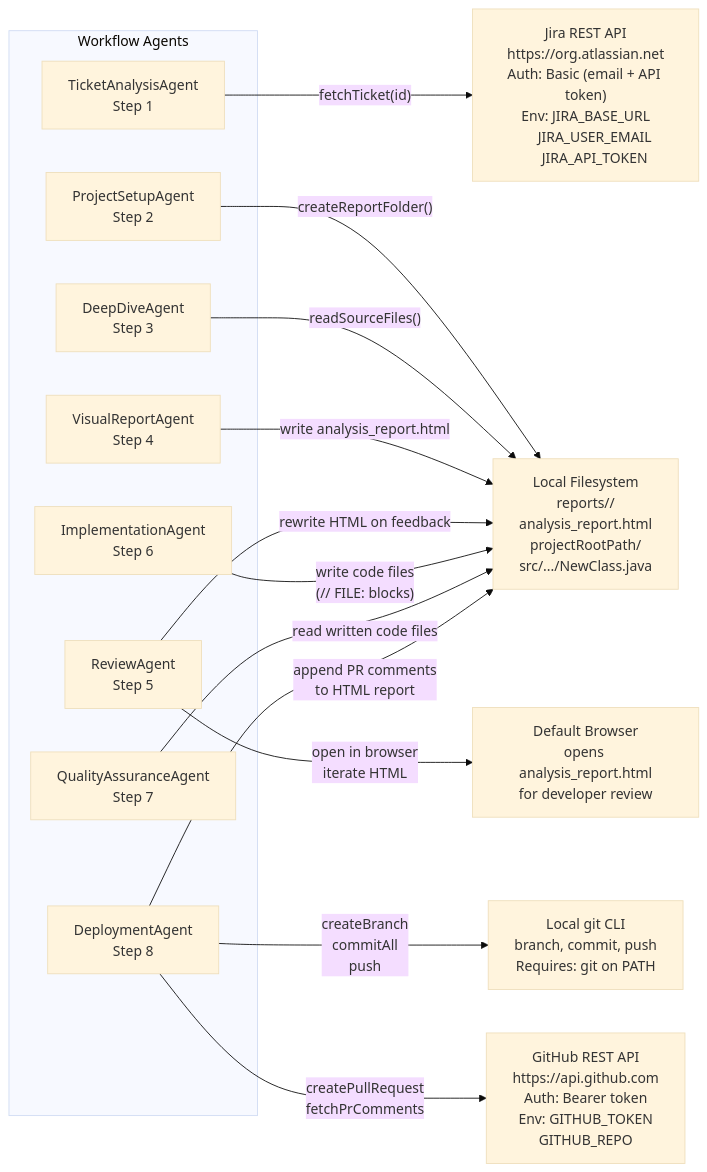
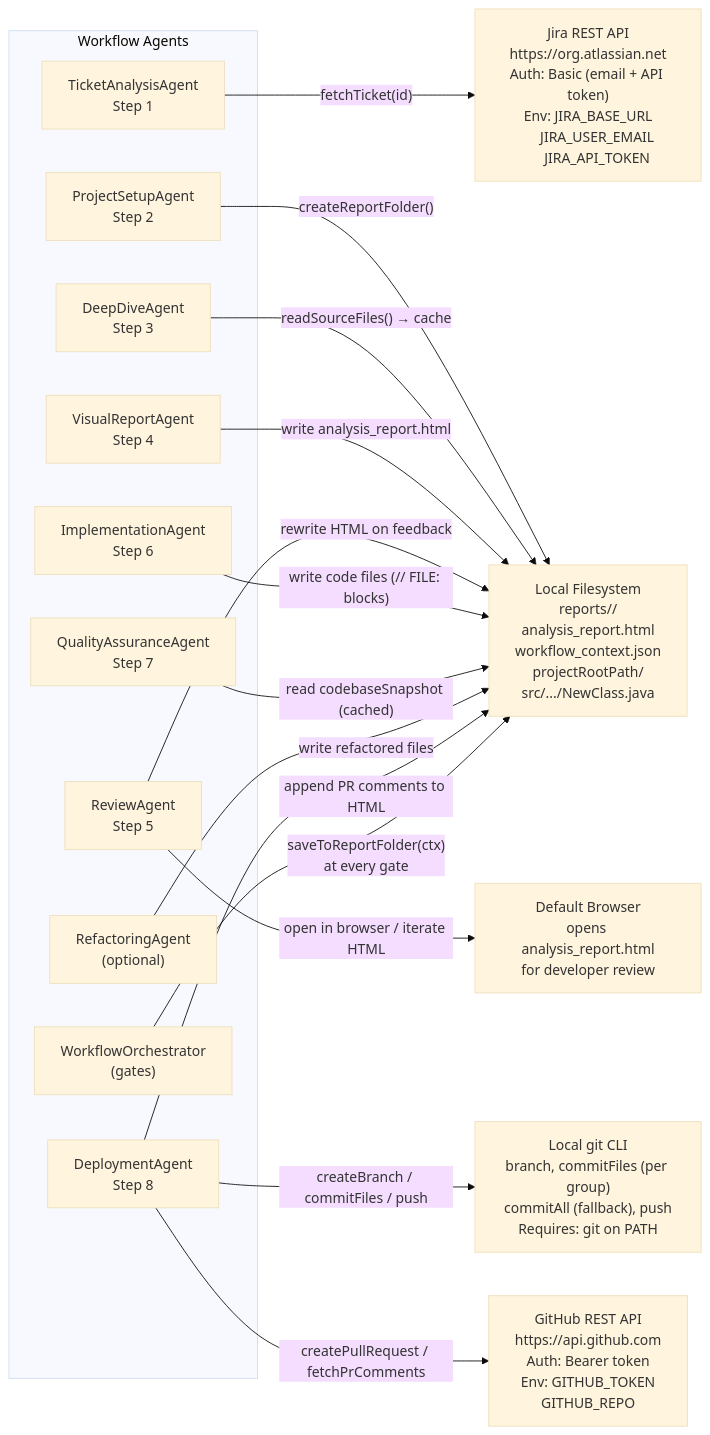
Before and after one commit to JAVA-MSDT/Epam-POC: the fifth of 10 diagrams in AI Agents/setup/ARCHITECTURE.md, drawn with Mermaid (base theme). The commit also changed other lines of this file and 2 other files, not shown here.

````diff
--- a/AI Agents/setup/ARCHITECTURE.md
+++ b/AI Agents/setup/ARCHITECTURE.md
@@ -260,35 +298,39 @@
 ```mermaid
 flowchart LR
     subgraph Workflow["Workflow Agents"]
         A1["TicketAnalysisAgent\nStep 1"]
         A2["ProjectSetupAgent\nStep 2"]
         A3["DeepDiveAgent\nStep 3"]
         A4["VisualReportAgent\nStep 4"]
         A5["ReviewAgent\nStep 5"]
         A6["ImplementationAgent\nStep 6"]
         A7["QualityAssuranceAgent\nStep 7"]
+        AR["RefactoringAgent\n(optional)"]
         A8["DeploymentAgent\nStep 8"]
+        Orch["WorkflowOrchestrator\n(gates)"]
     end
 
     Jira["Jira REST API\nhttps://org.atlassian.net\nAuth: Basic (email + API token)\nEnv: JIRA_BASE_URL\n     JIRA_USER_EMAIL\n     JIRA_API_TOKEN"]
 
-    FS["Local Filesystem\nreports/<ticketId>/\n  analysis_report.html\nprojectRootPath/\n  src/.../NewClass.java"]
+    FS["Local Filesystem\nreports/<ticketId>/\n  analysis_report.html\n  workflow_context.json\nprojectRootPath/\n  src/.../NewClass.java"]
 
     Browser["Default Browser\nopens analysis_report.html\nfor developer review"]
 
     GitHub["GitHub REST API\nhttps://api.github.com\nAuth: Bearer token\nEnv: GITHUB_TOKEN\n     GITHUB_REPO"]
 
-    Git["Local git CLI\nbranch, commit, push\nRequires: git on PATH"]
+    Git["Local git CLI\nbranch, commitFiles (per group)\ncommitAll (fallback), push\nRequires: git on PATH"]
 
     A1 -->|"fetchTicket(id)"| Jira
     A2 -->|"createReportFolder()"| FS
-    A3 -->|"readSourceFiles()"| FS
+    A3 -->|"readSourceFiles() → cache"| FS
     A4 -->|"write analysis_report.html"| FS
-    A5 -->|"open in browser\niterate HTML"| Browser
+    A5 -->|"open in browser / iterate HTML"| Browser
     A5 -->|"rewrite HTML on feedback"| FS
-    A6 -->|"write code files\n(// FILE: blocks)"| FS
-    A7 -->|"read written code files"| FS
-    A8 -->|"createBranch\ncommitAll\npush"| Git
-    A8 -->|"createPullRequest\nfetchPrComments"| GitHub
-    A8 -->|"append PR comments\nto HTML report"| FS
+    A6 -->|"write code files (// FILE: blocks)"| FS
+    A7 -->|"read codebaseSnapshot (cached)"| FS
+    AR -->|"write refactored files"| FS
+    A8 -->|"createBranch / commitFiles / push"| Git
+    A8 -->|"createPullRequest / fetchPrComments"| GitHub
+    A8 -->|"append PR comments to HTML"| FS
+    Orch -->|"saveToReportFolder(ctx)\nat every gate"| FS
 ```
````
